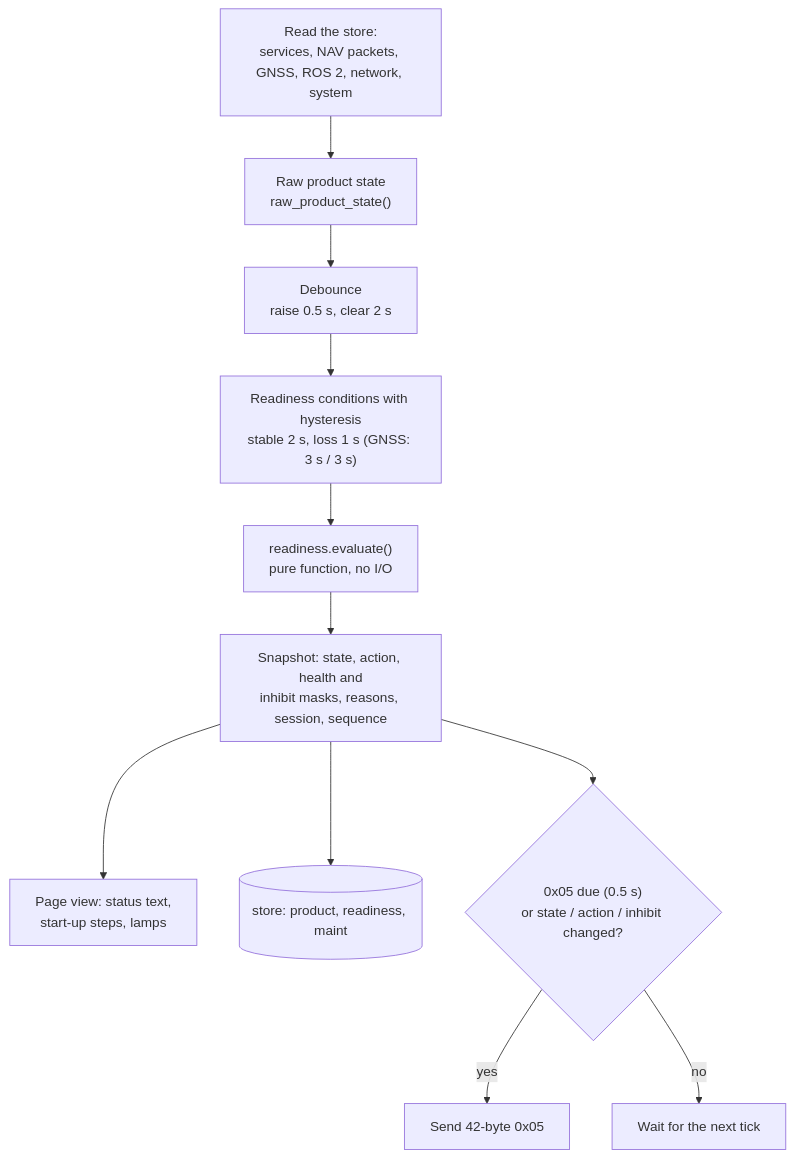
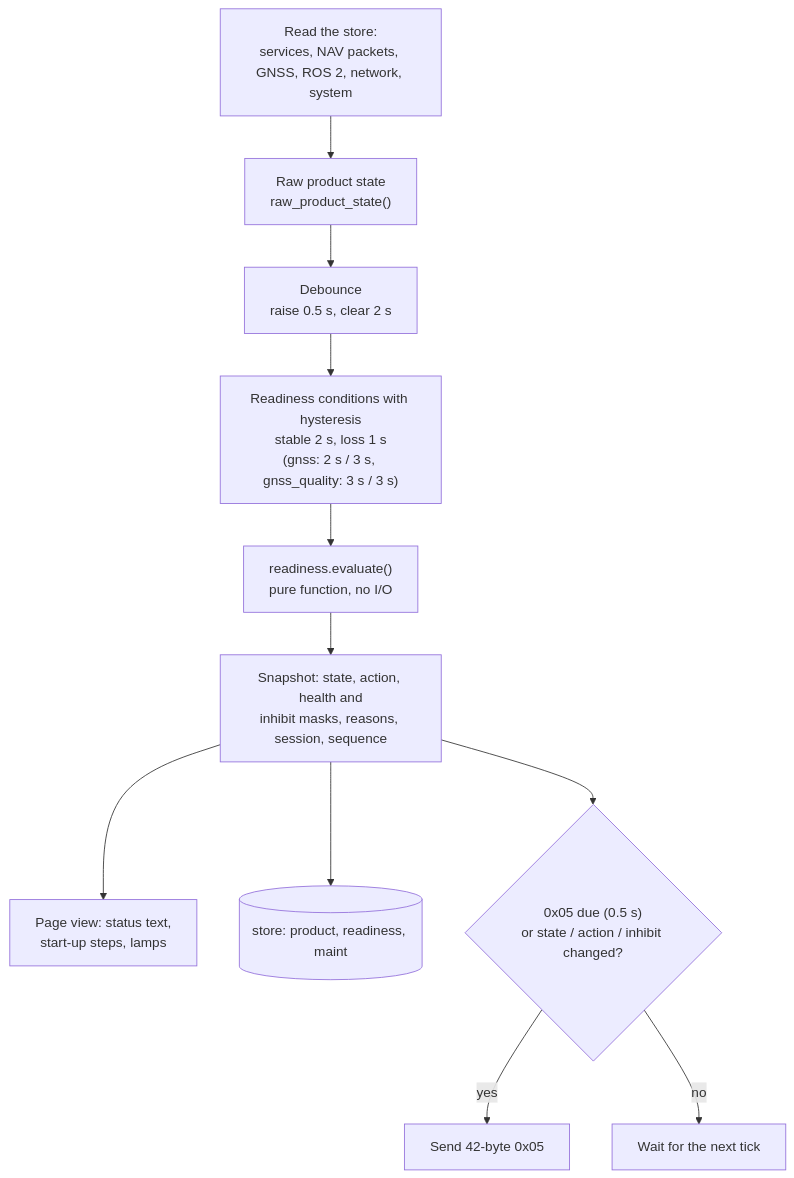
The second of 6 diagrams in docs/FLOWS.md (lemongrasses/web_monitor), drawn with Mermaid before and after one commit. The commit also changed other lines of this file and 10 other files, not shown here.

````diff
--- a/docs/FLOWS.md
+++ b/docs/FLOWS.md
@@ -49,13 +58,13 @@
 ```mermaid
 flowchart TD
   A["Read the store:<br/>services, NAV packets, GNSS, ROS 2, network, system"] --> B["Raw product state<br/>raw_product_state()"]
   B --> C["Debounce<br/>raise 0.5 s, clear 2 s"]
-  C --> D["Readiness conditions with hysteresis<br/>stable 2 s, loss 1 s (GNSS: 3 s / 3 s)"]
+  C --> D["Readiness conditions with hysteresis<br/>stable 2 s, loss 1 s<br/>(gnss: 2 s / 3 s, gnss_quality: 3 s / 3 s)"]
   D --> E["readiness.evaluate()<br/>pure function, no I/O"]
   E --> F["Snapshot: state, action, health and<br/>inhibit masks, reasons, session, sequence"]
   F --> G["Page view: status text,<br/>start-up steps, lamps"]
   F --> H[("store: product, readiness, maint")]
   F --> I{"0x05 due (0.5 s)<br/>or state / action / inhibit changed?"}
   I -- yes --> J["Send 42-byte 0x05"]
   I -- no --> K["Wait for the next tick"]
 ```
````
